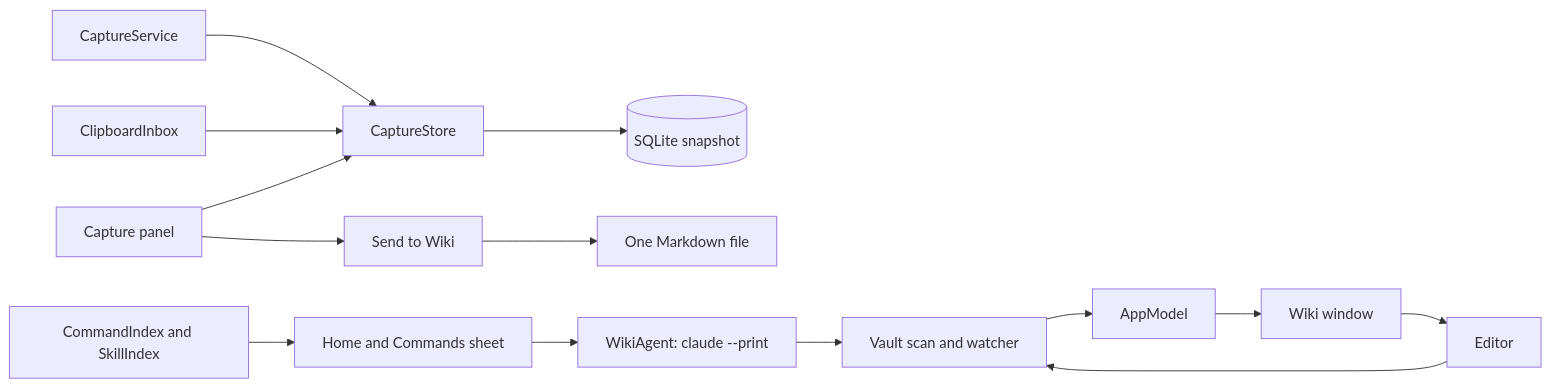
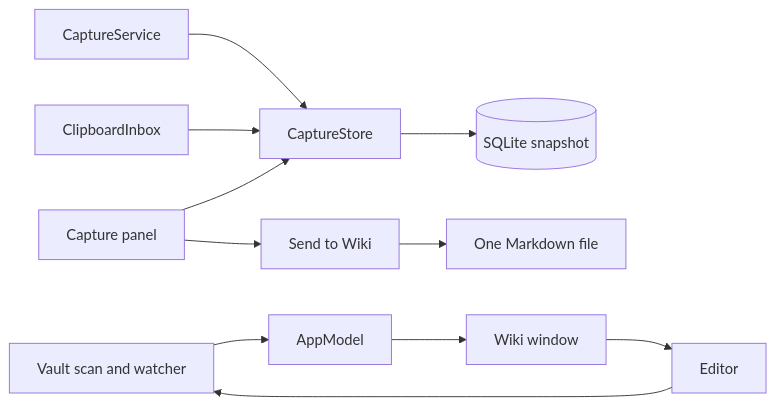
One commit to sonnes/piper changed the diagram in docs/internals/architecture.md. Above: the diagram before and after it, drawn with Mermaid. The commit also changed other lines of this file and 49 other files, not shown here.

````diff
--- a/docs/internals/architecture.md
+++ b/docs/internals/architecture.md
@@ -14,13 +14,11 @@
 ```mermaid
 flowchart LR
     CS[CaptureService] --> S[CaptureStore]
     CB[ClipboardInbox] --> S
     P[Capture panel] --> S
     S --> D[(SQLite snapshot)]
     P --> E[Send to Wiki] --> F[One Markdown file]
     V[Vault scan and watcher] --> M[AppModel]
     M --> W[Wiki window]
     W --> ED[Editor] --> V
-    CI[CommandIndex and SkillIndex] --> H[Home and Commands sheet]
-    H --> A[WikiAgent: claude --print] --> V
 ```
````
